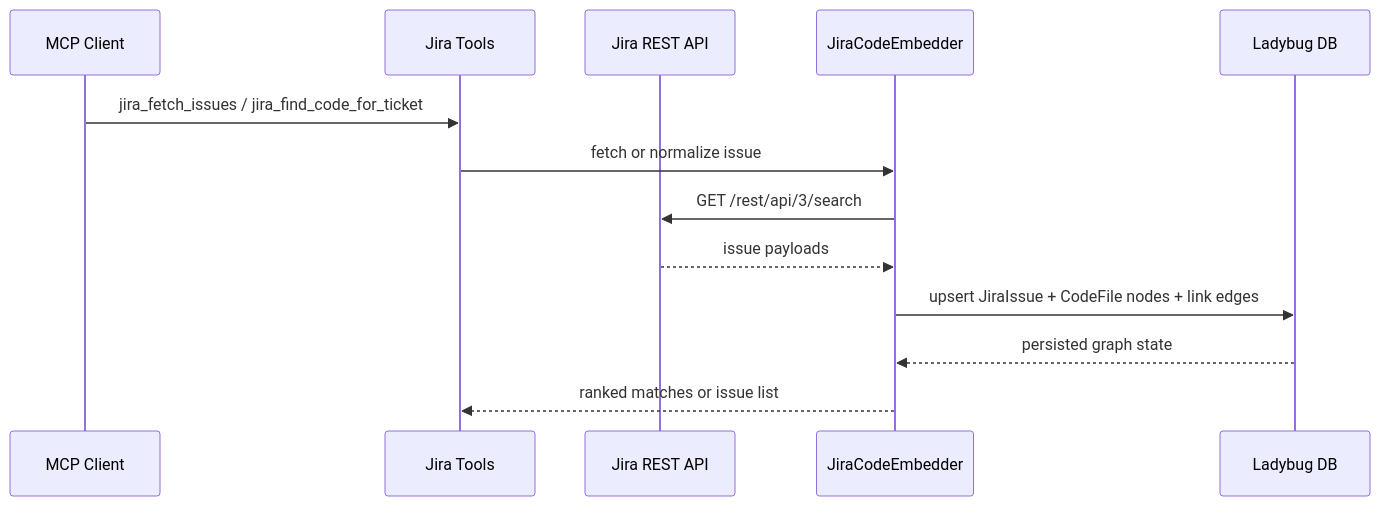
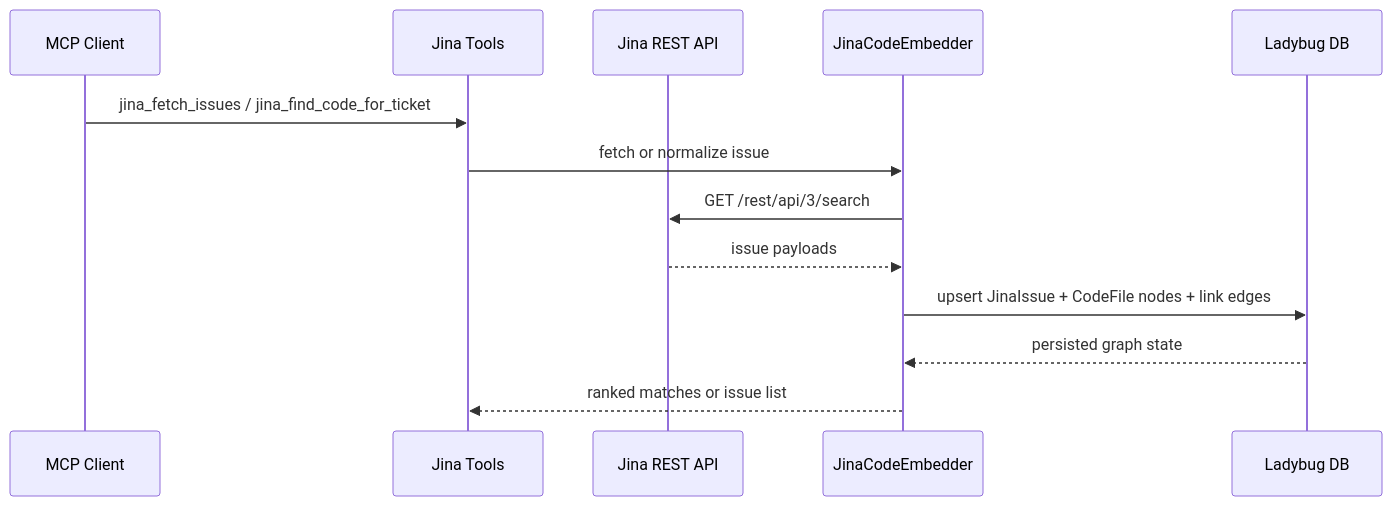
The fourth of 7 diagrams in docs/documentation/architecture.md (michaelbomholt665/mem-graph-mcp), drawn with Mermaid before and after one commit. The commit also changed other lines of this file and 91 other files, not shown here.

````diff
--- a/docs/documentation/architecture.md
+++ b/docs/documentation/architecture.md
@@ -148,16 +148,16 @@
 ```mermaid
 sequenceDiagram
    participant Client as MCP Client
-   participant Tool as Jira Tools
-   participant Jira as Jira REST API
-   participant Service as JiraCodeEmbedder
+   participant Tool as Jina Tools
+   participant Jina as Jina REST API
+   participant Service as JinaCodeEmbedder
    participant DB as Ladybug DB
 
-   Client->>Tool: jira_fetch_issues / jira_find_code_for_ticket
+   Client->>Tool: jina_fetch_issues / jina_find_code_for_ticket
    Tool->>Service: fetch or normalize issue
-   Service->>Jira: GET /rest/api/3/search
-   Jira-->>Service: issue payloads
-   Service->>DB: upsert JiraIssue + CodeFile nodes + link edges
+   Service->>Jina: GET /rest/api/3/search
+   Jina-->>Service: issue payloads
+   Service->>DB: upsert JinaIssue + CodeFile nodes + link edges
    DB-->>Service: persisted graph state
    Service-->>Tool: ranked matches or issue list
 ```
````
